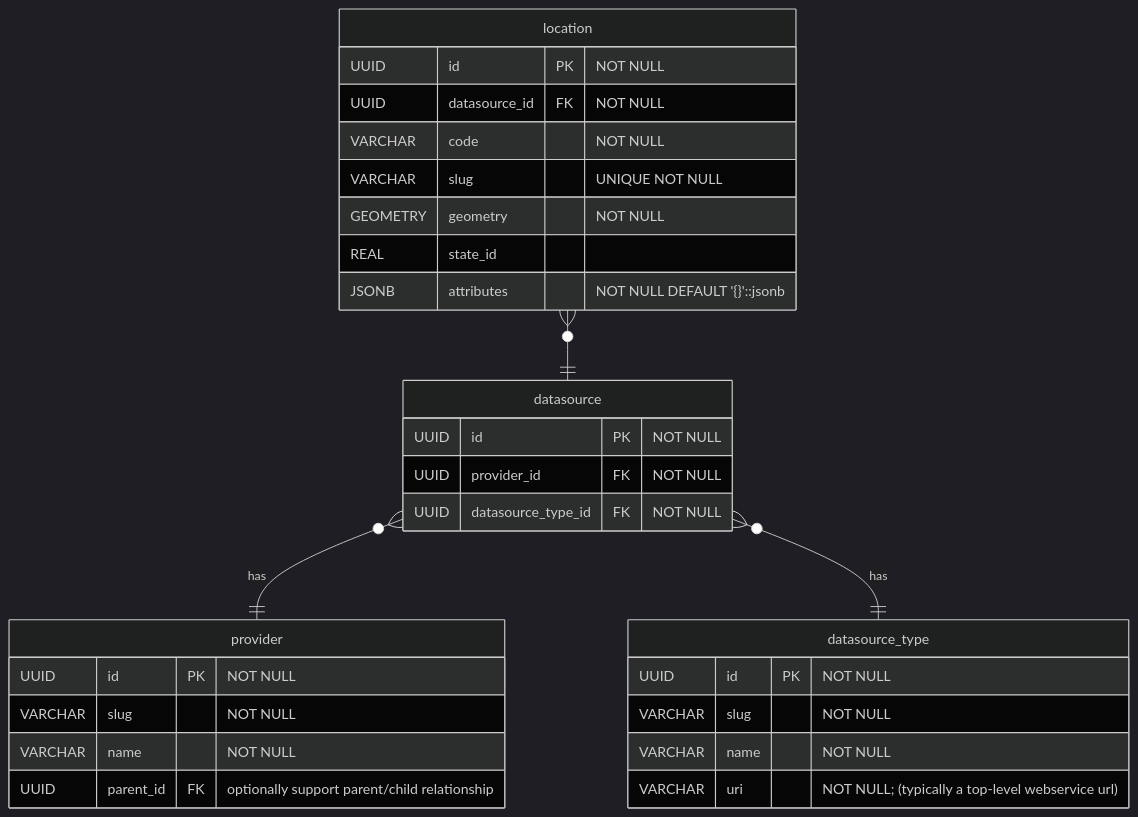
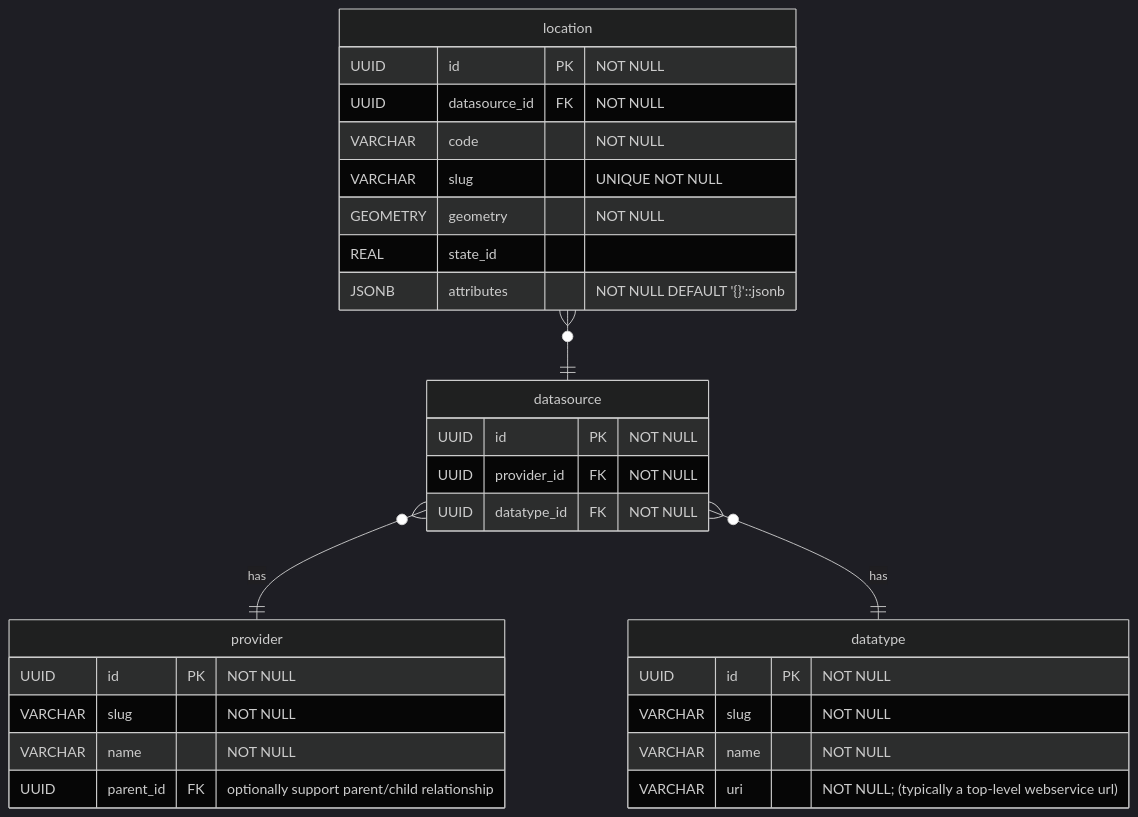
The diagram in models/location.md (USACE/water), drawn with Mermaid (dark theme) before and after one commit. The commit also changed other lines of this file and 2 other files, not shown here.

Commit message:
name change datasource_type --> datatype

````diff
--- a/models/location.md
+++ b/models/location.md
@@ -3,34 +3,34 @@
 ```mermaid
 erDiagram
 
     location }o--|| datasource : ""
     location {
         UUID        id             PK "NOT NULL"
         UUID        datasource_id  FK "NOT NULL"
         VARCHAR     code              "NOT NULL"
         VARCHAR     slug              "UNIQUE NOT NULL"
         GEOMETRY    geometry          "NOT NULL"
         REAL        state_id
         JSONB       attributes        "NOT NULL DEFAULT '{}'::jsonb"
     }
     provider {
         UUID    id         PK "NOT NULL"
         VARCHAR slug          "NOT NULL"
         VARCHAR name          "NOT NULL"
         UUID    parent_id  FK "optionally support parent/child relationship"
     }
-    datasource_type {
+    datatype {
         UUID   id     PK "NOT NULL"
         VARCHAR slug     "NOT NULL"
         VARCHAR name     "NOT NULL"
         VARCHAR uri      "NOT NULL; (typically a top-level webservice url)"
     }
     datasource }o--|| provider : has
-    datasource }o--|| datasource_type : has
+    datasource }o--|| datatype : has
     datasource {
         UUID id                  PK "NOT NULL"
         UUID provider_id         FK "NOT NULL"
-        UUID datasource_type_id  FK "NOT NULL"
+        UUID datatype_id  FK "NOT NULL"
     }
 
 ```
````
